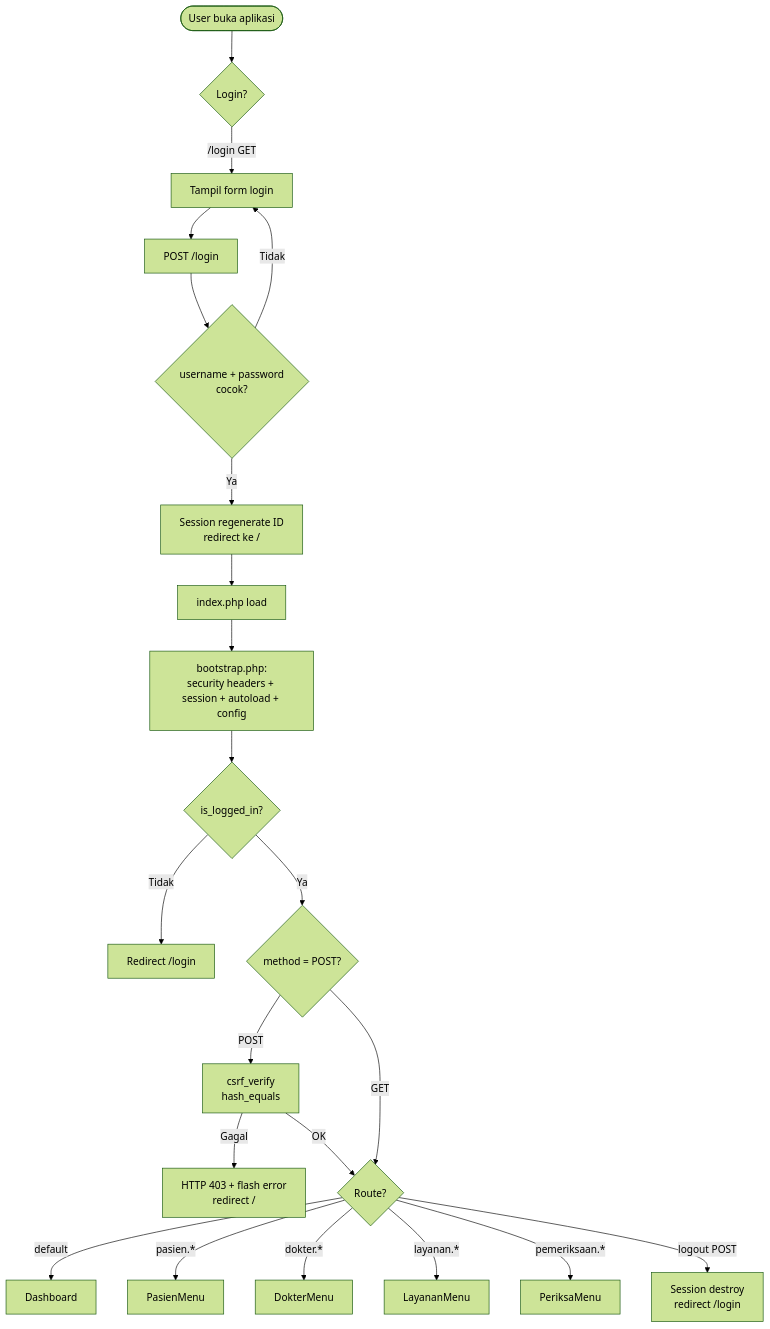
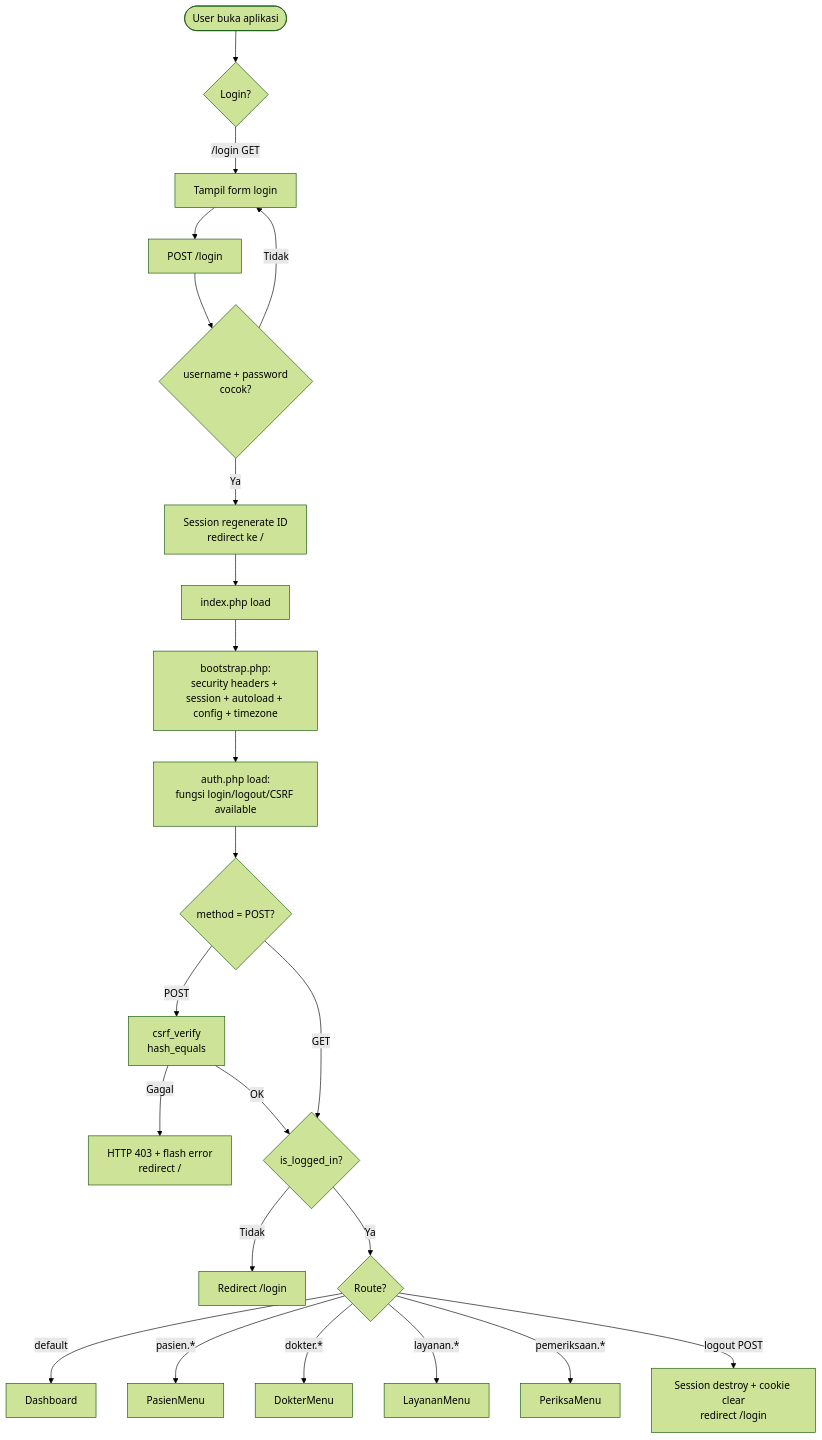
Before and after one commit to TudeOrangBiasa/silk-swarakarna-uas: the first of 13 diagrams in docs/business-logic.md, drawn with Mermaid (forest theme). The commit also changed other lines of this file and 1 other file, not shown here.

First line of the commit message:
docs: full sync architecture + business-logic with codebase

````diff
--- a/docs/business-logic.md
+++ b/docs/business-logic.md
@@ -7,24 +7,25 @@
 ```mermaid
 flowchart TD
     Start([User buka aplikasi]) --> Login{Login?}
     Login -->|/login GET| LoginForm[Tampil form login]
     LoginForm --> SubmitLogin[POST /login]
     SubmitLogin --> ValidLogin{username + password<br/>cocok?}
     ValidLogin -->|Ya| Session[Session regenerate ID<br/>redirect ke /]
     ValidLogin -->|Tidak| LoginForm
     Session --> Index[index.php load]
-    Index --> Boot[bootstrap.php:<br/>security headers + session + autoload + config]
-    Boot --> AuthGate{is_logged_in?}
-    AuthGate -->|Tidak| RedirectLogin[Redirect /login]
-    AuthGate -->|Ya| CSRF{method = POST?}
+    Index --> Boot[bootstrap.php:<br/>security headers + session + autoload + config + timezone]
+    Boot --> Auth[auth.php load:<br/>fungsi login/logout/CSRF available]
+    Auth --> CSRF{method = POST?}
     CSRF -->|POST| CSRFCheck[csrf_verify<br/>hash_equals]
     CSRFCheck -->|Gagal| CSRFErr[HTTP 403 + flash error<br/>redirect /]
-    CSRFCheck -->|OK| Route{Route?}
-    CSRF -->|GET| Route
+    CSRFCheck -->|OK| AuthGate
+    CSRF -->|GET| AuthGate{is_logged_in?}
+    AuthGate -->|Tidak| RedirectLogin[Redirect /login]
+    AuthGate -->|Ya| Route{Route?}
     Route -->|default| Dash[Dashboard]
     Route -->|pasien.*| PasienMenu
     Route -->|dokter.*| DokterMenu
     Route -->|layanan.*| LayananMenu
     Route -->|pemeriksaan.*| PeriksaMenu
-    Route -->|logout POST| Logout[Session destroy<br/>redirect /login]
+    Route -->|logout POST| Logout[Session destroy + cookie clear<br/>redirect /login]
 ```
````
